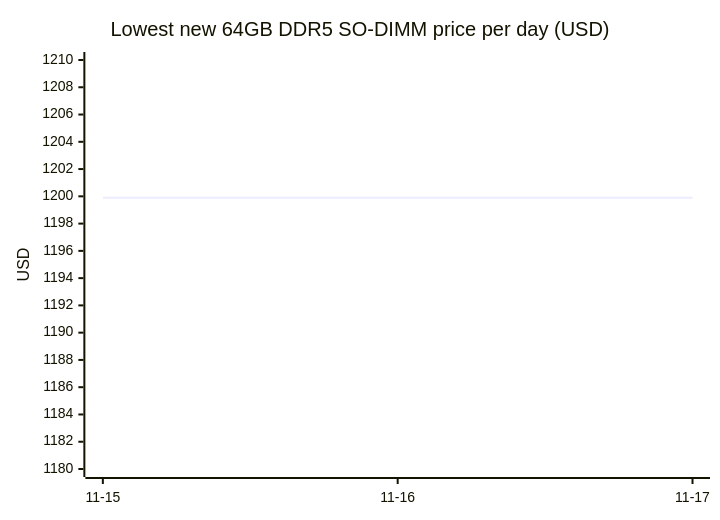
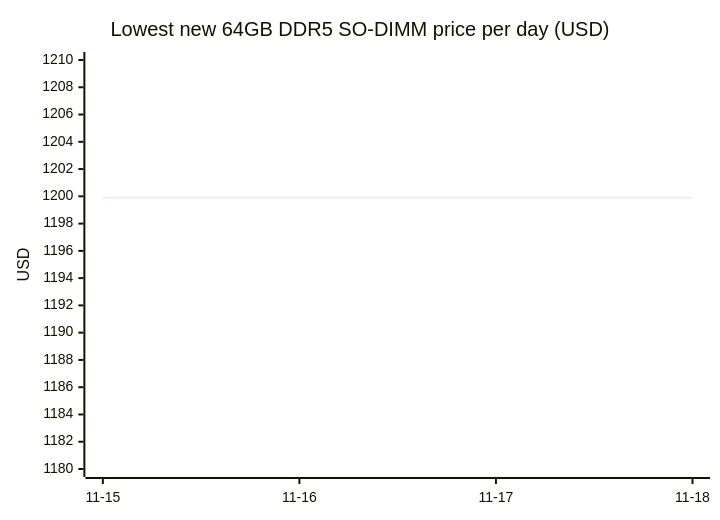
One commit to 7324136828/4tb_ssd_price_watch changed the third of 18 diagrams in README.md. Above: the diagram before and after it, drawn with Mermaid. The commit also changed other lines of this file, not shown here.

````diff
--- a/README.md
+++ b/README.md
@@ -343,7 +381,7 @@
 ```mermaid
 xychart-beta
     title "Lowest new 64GB DDR5 SO-DIMM price per day (USD)"
-    x-axis ["11-15", "11-16", "11-17"]
+    x-axis ["11-15", "11-16", "11-17", "11-18"]
     y-axis "USD" 1180 --> 1210
-    line [1199.89, 1199.89, 1199.89]
+    line [1199.89, 1199.89, 1199.89, 1199.89]
 ```
````
